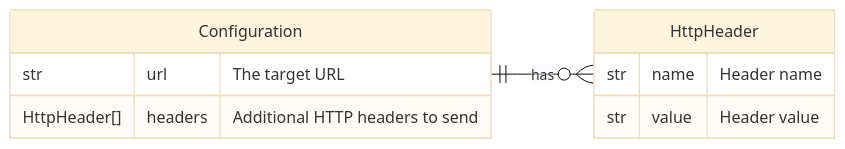
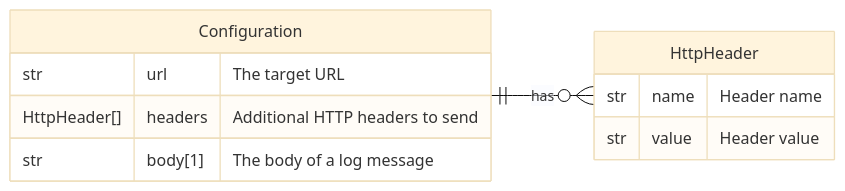
The diagram in website/docs/technical/forwarders/webhook.md (link-society/flowg), drawn with Mermaid (base theme) before and after one commit. The commit also changed other lines of this file, not shown here.

````diff
--- a/website/docs/technical/forwarders/webhook.md
+++ b/website/docs/technical/forwarders/webhook.md
@@ -12,16 +12,17 @@
 ```mermaid
 erDiagram
   direction LR
 
   Configuration {
     str url "The target URL"
     HttpHeader[] headers "Additional HTTP headers to send"
+    str body[1] "The body of a log message"
   }
 
   HttpHeader {
     str name "Header name"
     str value "Header value"
   }
 
   Configuration ||--o{ HttpHeader : has
 ```
````
